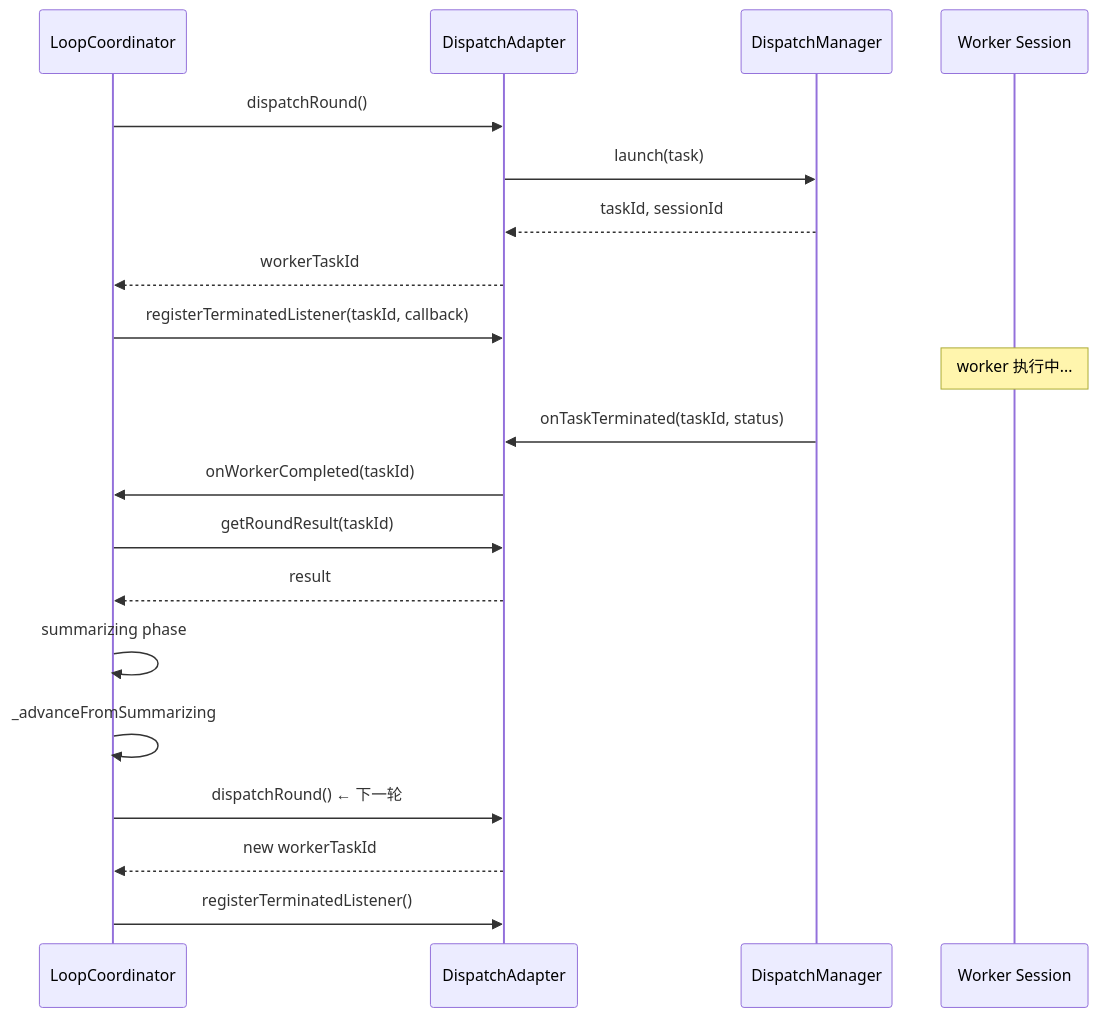
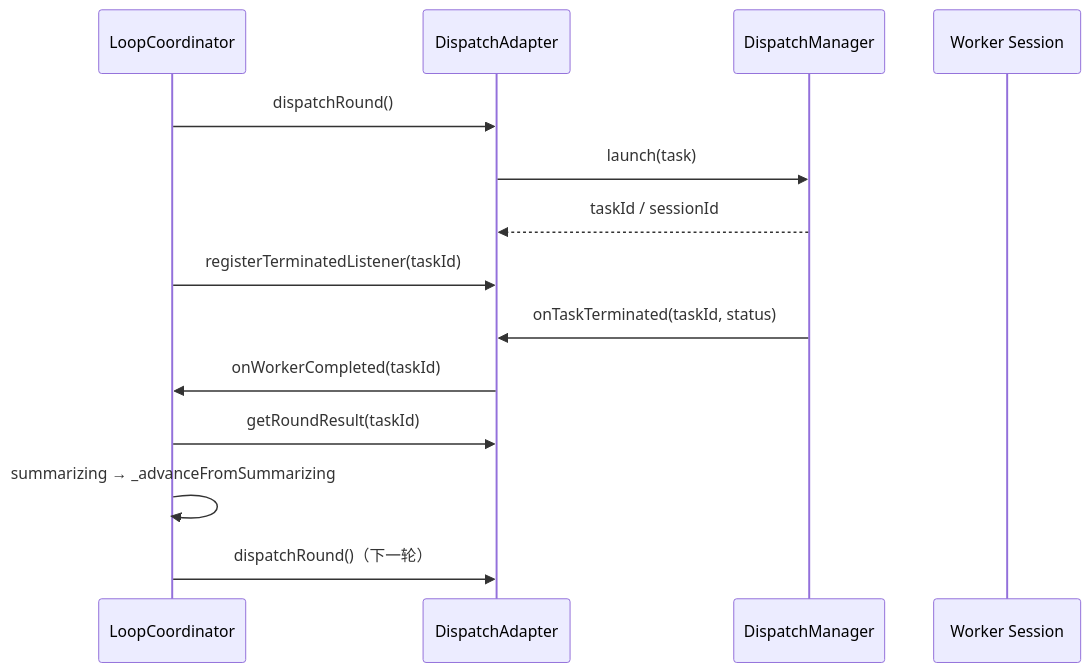
The third of 3 diagrams in docs/04-Advanced/loop-system.md (EricMoin/rolebox-docs), drawn with Mermaid before and after one commit. The commit also changed other lines of this file and 62 other files, not shown here.

````diff
--- a/docs/04-Advanced/loop-system.md
+++ b/docs/04-Advanced/loop-system.md
@@ -284,25 +123,16 @@
 ```mermaid
 sequenceDiagram
     participant LC as LoopCoordinator
     participant DA as DispatchAdapter
     participant DM as DispatchManager
     participant W as Worker Session
-
     LC->>DA: dispatchRound()
     DA->>DM: launch(task)
-    DM-->>DA: taskId, sessionId
-    DA-->>LC: workerTaskId
-    LC->>DA: registerTerminatedListener(taskId, callback)
-
-    Note over W: worker 执行中...
-
+    DM-->>DA: taskId / sessionId
+    LC->>DA: registerTerminatedListener(taskId)
     DM->>DA: onTaskTerminated(taskId, status)
     DA->>LC: onWorkerCompleted(taskId)
     LC->>DA: getRoundResult(taskId)
-    DA-->>LC: result
-    LC->>LC: summarizing phase
-    LC->>LC: _advanceFromSummarizing
-    LC->>DA: dispatchRound() ← 下一轮
-    DA-->>LC: new workerTaskId
-    LC->>DA: registerTerminatedListener()
+    LC->>LC: summarizing → _advanceFromSummarizing
+    LC->>DA: dispatchRound()（下一轮）
 ```
````
